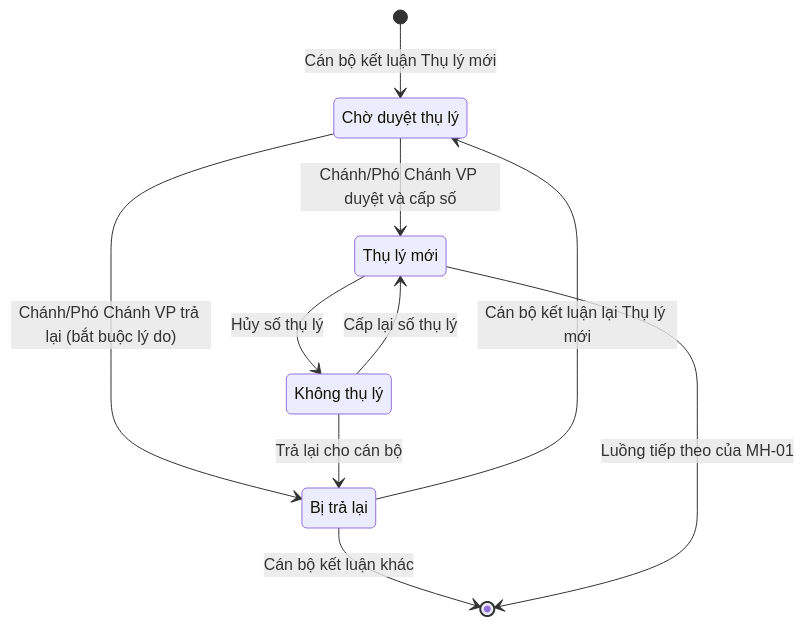
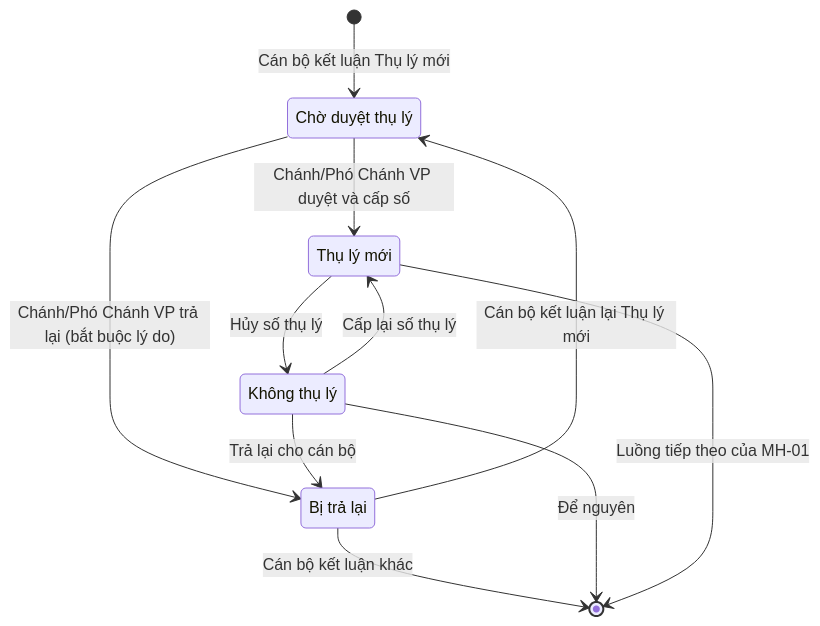
Before and after one commit to pinkiepetites/demo-hctp-main: the diagram in docs/SRS_TabChoDuyetThuLy.md, drawn with Mermaid. The commit also changed other lines of this file and 1 other file, not shown here.

````diff
--- a/docs/SRS_TabChoDuyetThuLy.md
+++ b/docs/SRS_TabChoDuyetThuLy.md
@@ -260,17 +268,18 @@
 ```mermaid
 stateDiagram-v2
     state "Chờ duyệt thụ lý" as ChoDuyet
     state "Thụ lý mới" as ThuLyMoi
     state "Bị trả lại" as BiTraLai
     state "Không thụ lý" as KhongThuLy
 
     [*] --> ChoDuyet: Cán bộ kết luận Thụ lý mới
     ChoDuyet --> ThuLyMoi: Chánh/Phó Chánh VP duyệt và cấp số
     ChoDuyet --> BiTraLai: Chánh/Phó Chánh VP trả lại (bắt buộc lý do)
     BiTraLai --> ChoDuyet: Cán bộ kết luận lại Thụ lý mới
     BiTraLai --> [*]: Cán bộ kết luận khác
     ThuLyMoi --> KhongThuLy: Hủy số thụ lý
     KhongThuLy --> ThuLyMoi: Cấp lại số thụ lý
     KhongThuLy --> BiTraLai: Trả lại cho cán bộ
+    KhongThuLy --> [*]: Để nguyên
     ThuLyMoi --> [*]: Luồng tiếp theo của MH-01
 ```
````
